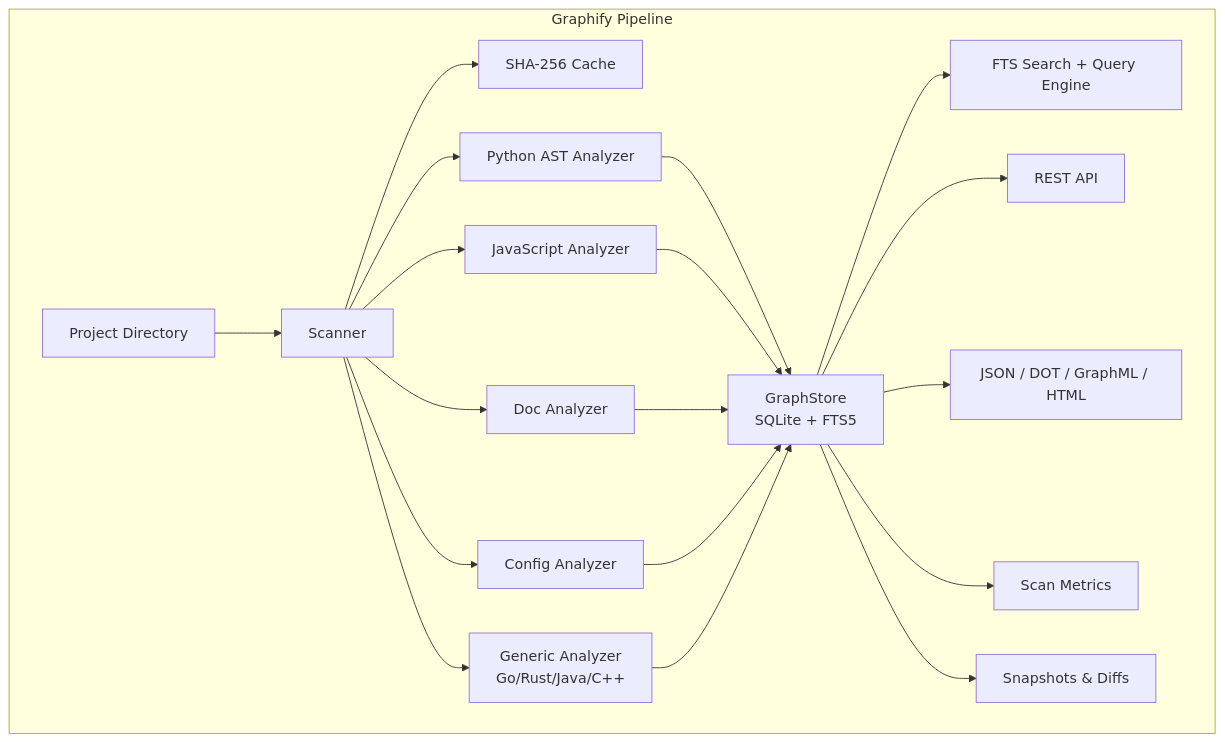
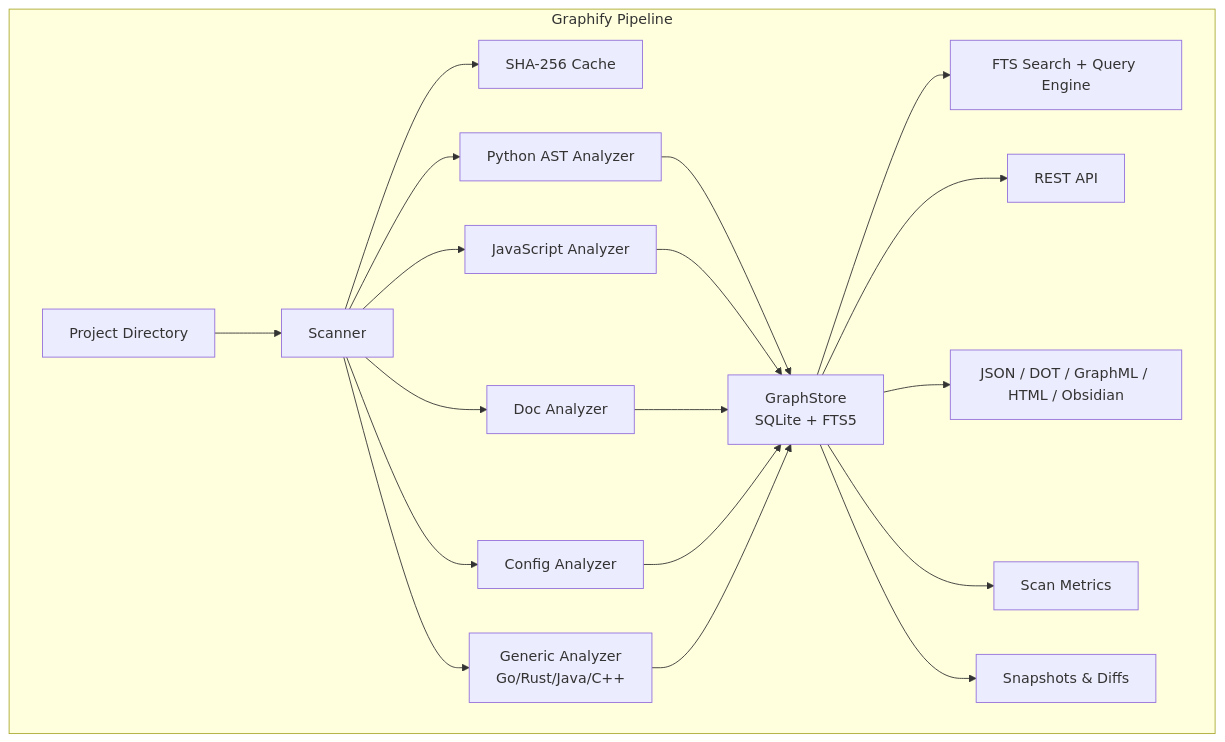
Diagram 26 of 31 in ARCHITECTURE.md (KhaiTrang1995/AI-Agents-Orchestrator), drawn with Mermaid before and after one commit. The commit also changed other lines of this file and 13 other files, not shown here.

Commit message:
feat: add Obsidian vault export functionality and enhance documentation

````diff
--- a/ARCHITECTURE.md
+++ b/ARCHITECTURE.md
@@ -1292,19 +1367,19 @@
 ```mermaid
 graph TB
     subgraph "Graphify Pipeline"
         DIR[Project Directory] --> SCAN[Scanner]
         SCAN --> CACHE[SHA-256 Cache]
         SCAN --> PY[Python AST Analyzer]
         SCAN --> JS[JavaScript Analyzer]
         SCAN --> DOC[Doc Analyzer]
         SCAN --> CFG[Config Analyzer]
         SCAN --> GEN[Generic Analyzer<br/>Go/Rust/Java/C++]
 
         PY & JS & DOC & CFG & GEN --> STORE[GraphStore<br/>SQLite + FTS5]
         STORE --> SEARCH[FTS Search + Query Engine]
         STORE --> API[REST API]
-        STORE --> EXPORT[JSON / DOT / GraphML / HTML]
+        STORE --> EXPORT[JSON / DOT / GraphML / HTML / Obsidian]
         STORE --> METRICS[Scan Metrics]
         STORE --> SNAP[Snapshots & Diffs]
     end
 ```
````
